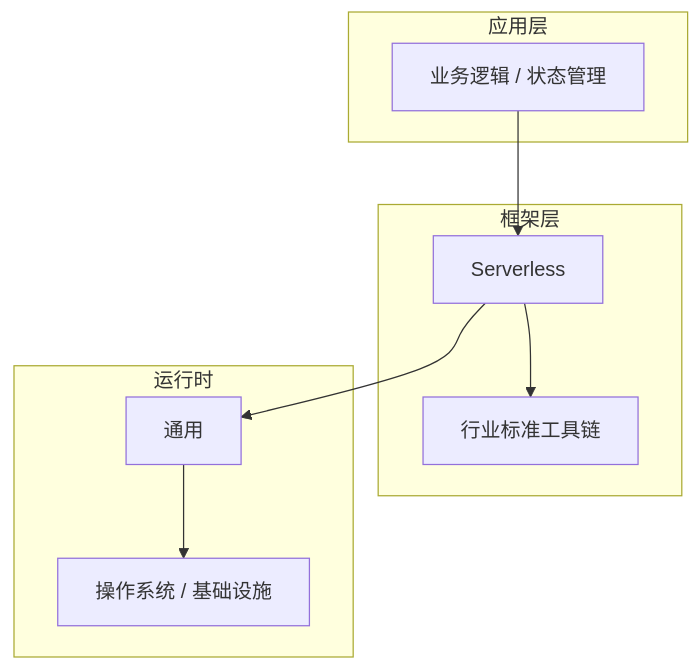
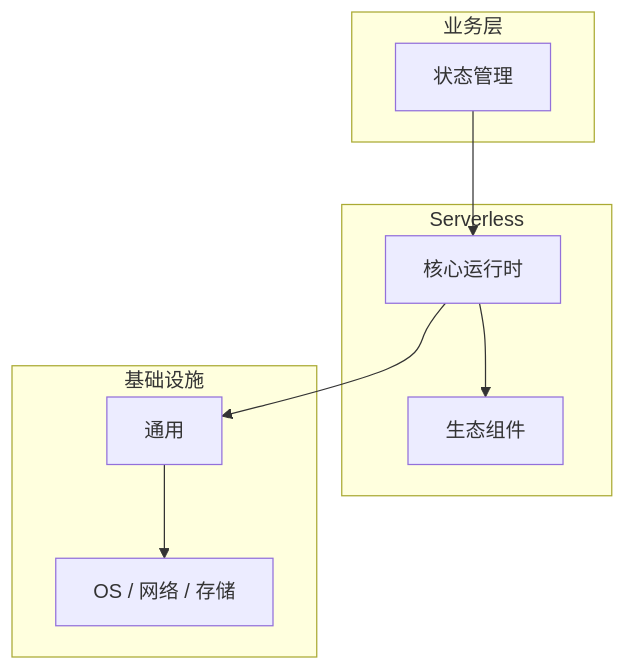
One commit to yanggan2015/knowledge-json-v2 changed the diagram in articles/Serverless/chapters/046-状态管理核心概念与原理.md. Above: the diagram before and after it, drawn with Mermaid. The commit also changed other lines of this file and 10127 other files, not shown here.

````diff
--- a/articles/Serverless/chapters/046-状态管理核心概念与原理.md
+++ b/articles/Serverless/chapters/046-状态管理核心概念与原理.md
@@ -45,18 +34,18 @@
 ```mermaid
 graph TB
-    subgraph 应用层
-        A[业务逻辑 / 状态管理]
+    subgraph 业务层
+        A[状态管理]
     end
-    subgraph 框架层
-        B[Serverless]
-        C[行业标准工具链]
+    subgraph Serverless
+        B[核心运行时]
+        C[生态组件]
     end
-    subgraph 运行时
+    subgraph 基础设施
         D[通用]
-        E[操作系统 / 基础设施]
+        E[OS / 网络 / 存储]
     end
     A --> B
     B --> C
     B --> D
     D --> E
 ```
````
